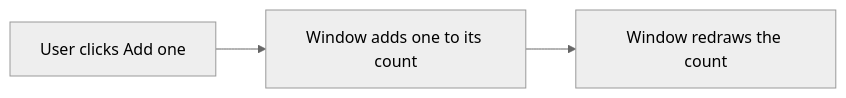
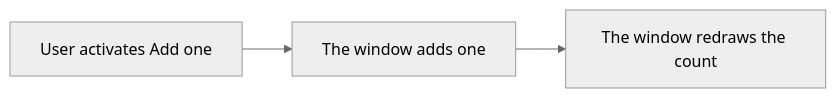
The first of 3 diagrams in specifications/92-desktop-renderer-decision/features/01-backend-evaluation/feature.md (ewe-studios/ewe_platform), drawn with Mermaid (neutral theme) before and after one commit. The commit also changed other lines of this file and 6 other files, not shown here.

````diff
--- a/specifications/92-desktop-renderer-decision/features/01-backend-evaluation/feature.md
+++ b/specifications/92-desktop-renderer-decision/features/01-backend-evaluation/feature.md
@@ -95,5 +94,5 @@
 ```mermaid
 flowchart LR
-    User[User clicks Add one] --> Action[Window adds one to its count]
-    Action --> Redraw[Window redraws the count]
+    User[User activates Add one] --> Action[The window adds one]
+    Action --> Redraw[The window redraws the count]
 ```
````
